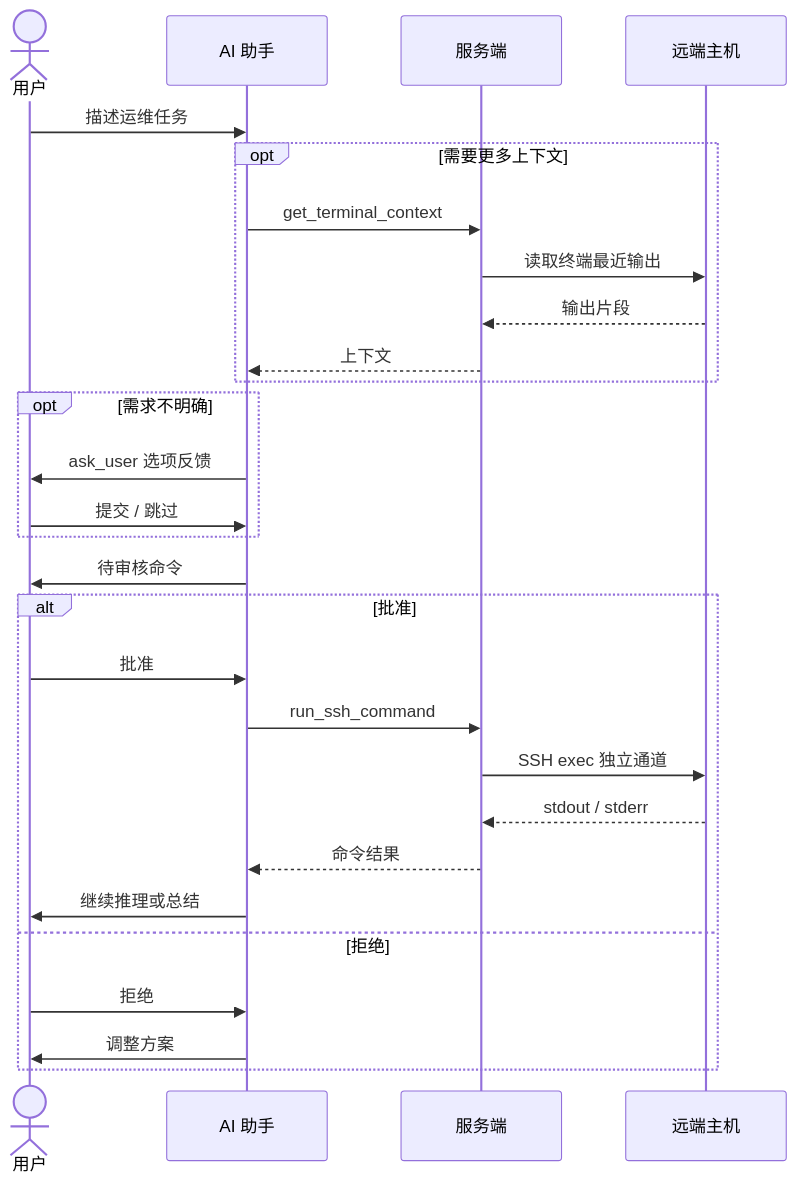
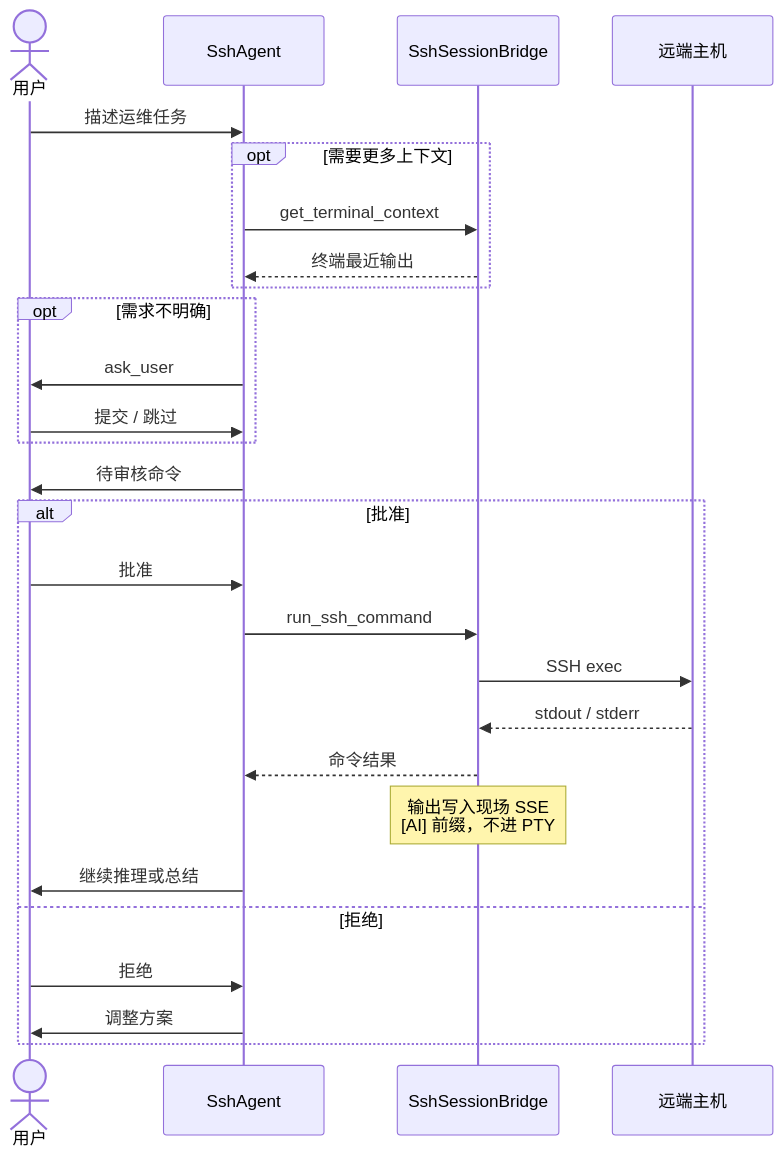
Before and after one commit to reactphp-x/web-ssh: the fourth of 5 diagrams in README.md, drawn with Mermaid. The commit also changed other lines of this file and 2 other files, not shown here.

First line of the commit message:
Update README architecture docs and add AI session column splitter.

````diff
--- a/README.md
+++ b/README.md
@@ -100,31 +127,30 @@
 ```mermaid
 sequenceDiagram
     actor U as 用户
-    participant AI as AI 助手
-    participant S as 服务端
+    participant AI as SshAgent
+    participant S as SshSessionBridge
     participant H as 远端主机
 
     U->>AI: 描述运维任务
     opt 需要更多上下文
         AI->>S: get_terminal_context
-        S->>H: 读取终端最近输出
-        H-->>S: 输出片段
-        S-->>AI: 上下文
+        S-->>AI: 终端最近输出
     end
     opt 需求不明确
-        AI->>U: ask_user 选项反馈
+        AI->>U: ask_user
         U->>AI: 提交 / 跳过
     end
     AI->>U: 待审核命令
     alt 批准
         U->>AI: 批准
         AI->>S: run_ssh_command
-        S->>H: SSH exec 独立通道
+        S->>H: SSH exec
         H-->>S: stdout / stderr
         S-->>AI: 命令结果
+        Note over S: 输出写入现场 SSE<br/>[AI] 前缀，不进 PTY
         AI->>U: 继续推理或总结
     else 拒绝
         U->>AI: 拒绝
         AI->>U: 调整方案
     end
 ```
````
